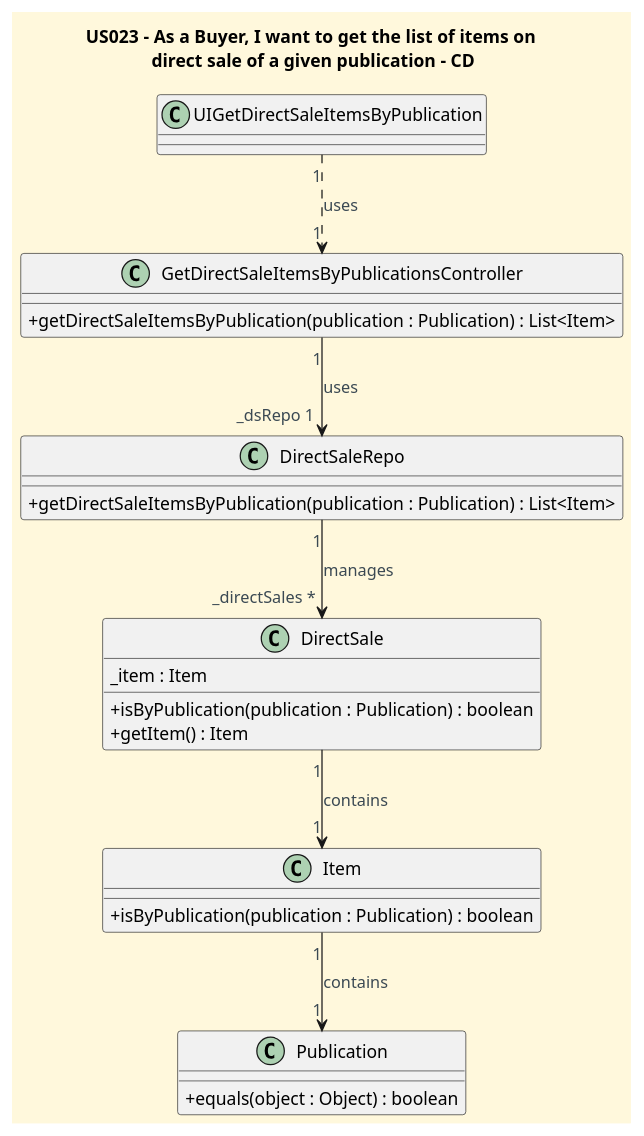
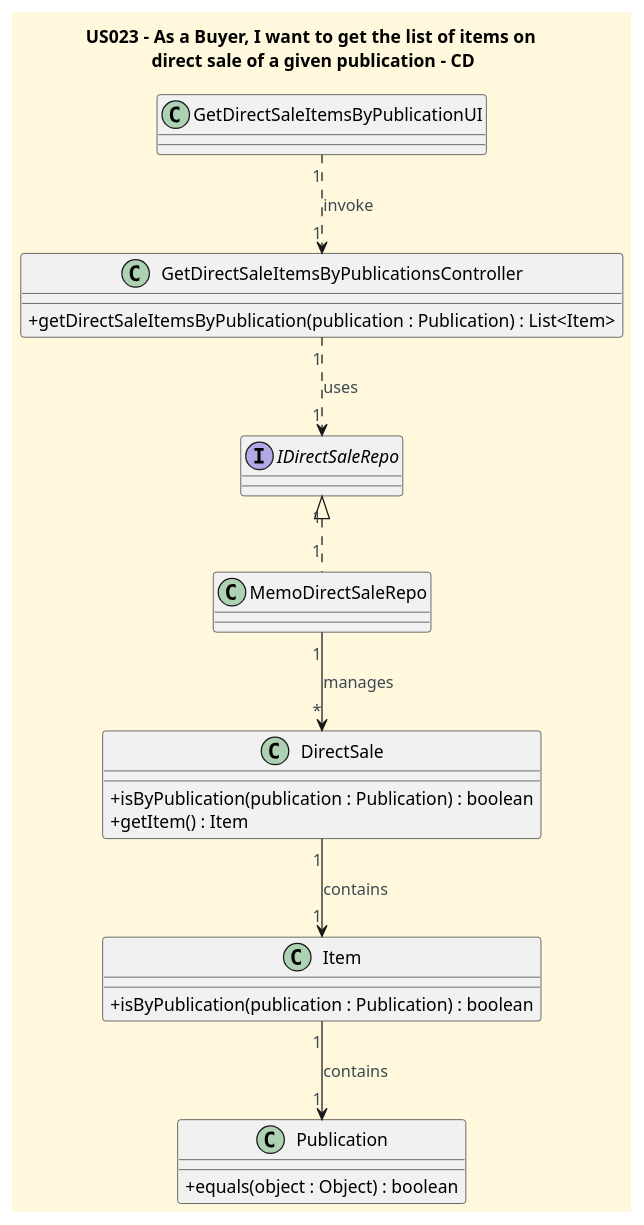
Before and after one commit to CarolinaLeite-collab/JavaMarketplacePlatform: the diagram in docs/userStories/US023/US023_get_list_items_directSale_given_publication_CD.puml, drawn with PlantUML. The commit also changed 1 other file, not shown here.

```diff
--- a/docs/userStories/US023/US023_get_list_items_directSale_given_publication_CD.puml
+++ b/docs/userStories/US023/US023_get_list_items_directSale_given_publication_CD.puml
@@ -1,50 +1,52 @@
 @startuml
 title "US023 - As a Buyer, I want to get the list of items on \ndirect sale of a given publication - CD"
-
 
 '==== basic style ====
 skinparam monochrome false
 skinparam shadowing false
 skinparam defaultFontName Futura
 skinparam objectFontSize 20
 skinparam backgroundColor CornSilk
 skinparam objectBackgroundColor WhiteSmoke
 skinparam noteBackgroundColor #FFFFE0
 skinparam ArrowFontColor #3B4953
 skinparam ActivationBackgroundColor black
 skinparam classAttributeIconSize 0
 
-class UIGetDirectSaleItemsByPublication {
+class GetDirectSaleItemsByPublicationUI {
 
 }
 
 class GetDirectSaleItemsByPublicationsController {
     + getDirectSaleItemsByPublication(publication : Publication) : List<Item>
 }
 
-class DirectSaleRepo {
-    + getDirectSaleItemsByPublication(publication : Publication) : List<Item>
+class MemoDirectSaleRepo {
+
+}
+
+interface IDirectSaleRepo {
 }
 
 class DirectSale {
-_item : Item
 + isByPublication(publication : Publication) : boolean
 + getItem() : Item
 }
 
 class Item {
 + isByPublication(publication : Publication) : boolean
 }
 
 class Publication {
 + equals(object : Object) : boolean
 }
 
-UIGetDirectSaleItemsByPublication "1" ..> "1" GetDirectSaleItemsByPublicationsController : uses
-GetDirectSaleItemsByPublicationsController "1" --> "_dsRepo 1" DirectSaleRepo : uses
-DirectSaleRepo "1" --> "_directSales *" DirectSale : manages
+GetDirectSaleItemsByPublicationUI "1" ..> "1" GetDirectSaleItemsByPublicationsController : invoke
+GetDirectSaleItemsByPublicationsController "1" ..> "1" IDirectSaleRepo : uses
+IDirectSaleRepo "1" <|.. "1" MemoDirectSaleRepo
+
+MemoDirectSaleRepo "1" --> "*" DirectSale : manages
 DirectSale "1" --> "1" Item : contains
 Item "1" --> "1" Publication : contains
 
-
 @enduml
```
